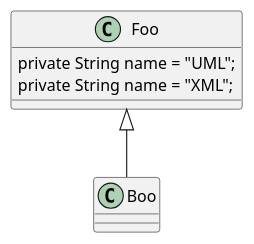
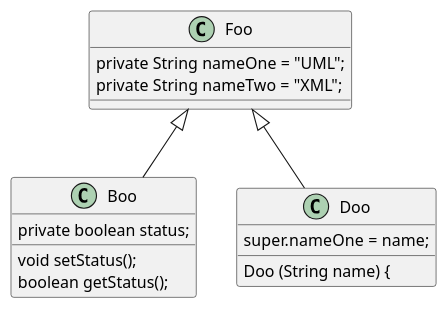
Before and after one commit to snfnmeister/JavaExecrises: the diagram in Temp/ClassUML.puml, drawn with PlantUML.

Commit message:
added some UMP temp

```diff
--- a/Temp/ClassUML.puml
+++ b/Temp/ClassUML.puml
@@ -1,12 +1,25 @@
 @startuml
 class Foo {
 
-private String name = "UML";
-private String name = "XML";
+private String nameOne = "UML";
+private String nameTwo = "XML";
+
 
 }
 
 class Boo extends Foo {
+private boolean status;
+void setStatus();
+boolean getStatus();
+
 }
 
+class Doo extends Foo {
+
+Doo (String name) {
+super.nameOne = name;
+}
+
+
+
 @enduml
```
